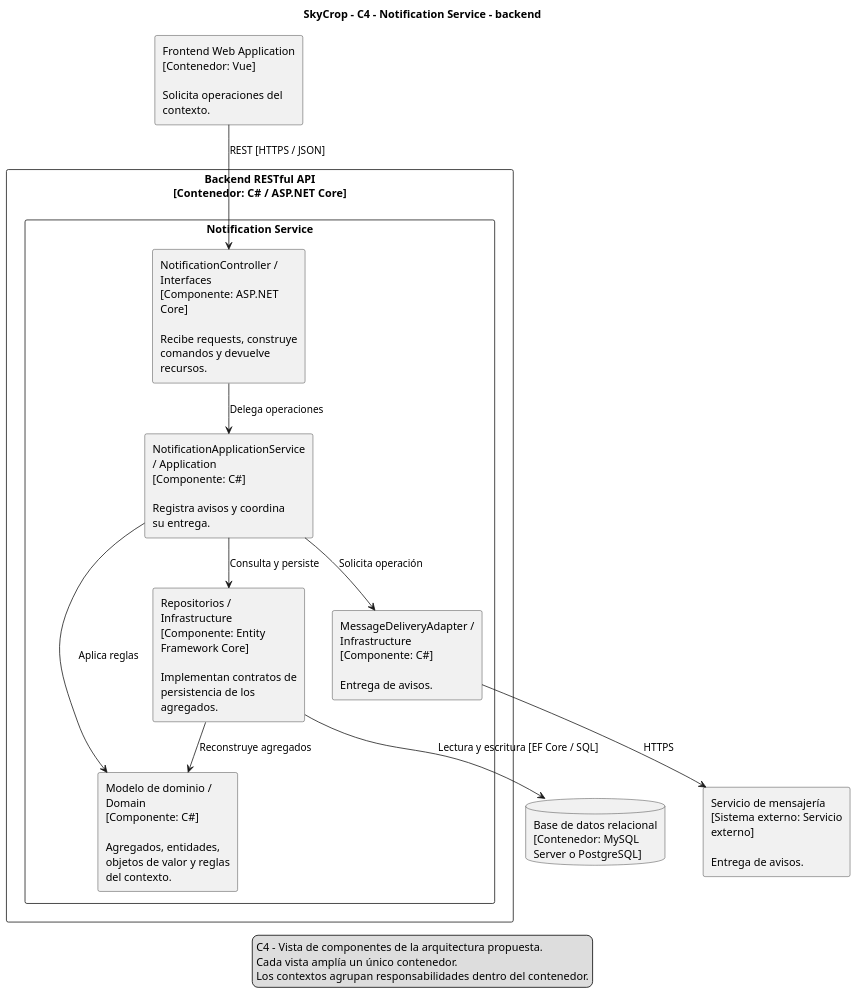
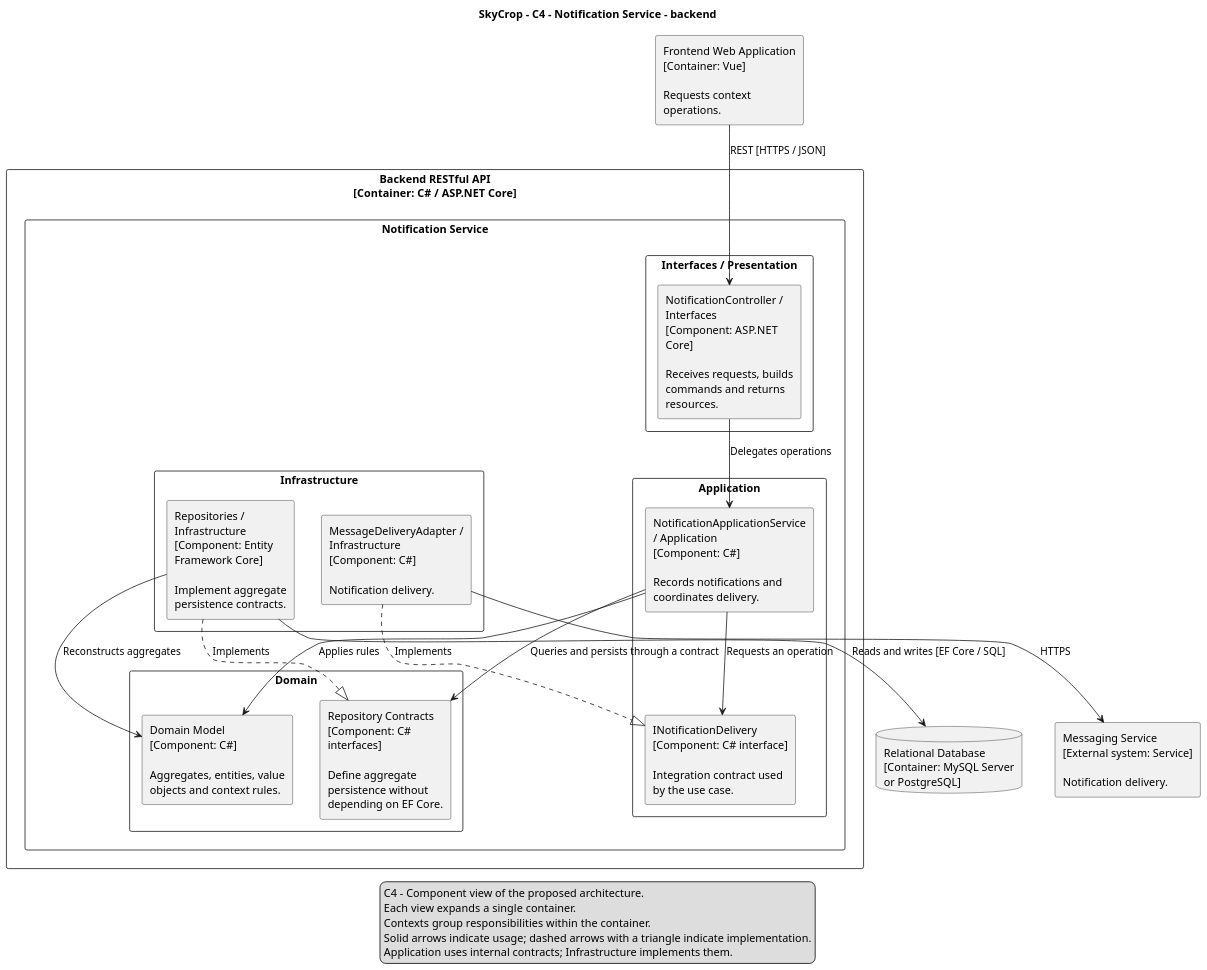
Before and after one commit to upc-GreenTech/skycrop-report: the diagram in resources/imgs/Software Architecture Diagram/contexts/notifications-backend-components.puml, drawn with PlantUML. The commit also changed 36 other files, not shown here.

Commit message:
feature: organize component diagrams by layer and translate all labels into english.

```diff
--- a/resources/imgs/Software Architecture Diagram/contexts/notifications-backend-components.puml
+++ b/resources/imgs/Software Architecture Diagram/contexts/notifications-backend-components.puml
@@ -1,37 +1,51 @@
 @startuml
 skinparam monochrome true
 skinparam shadowing false
 skinparam dpi 120
 skinparam defaultFontName SansSerif
 skinparam componentStyle rectangle
 skinparam wrapWidth 180
 skinparam nodesep 35
 skinparam ranksep 45
 top to bottom direction
 title SkyCrop - C4 - Notification Service - backend
-component "Frontend Web Application\n[Contenedor: Vue]\n\nSolicita operaciones del contexto." as web
-rectangle "Backend RESTful API\n[Contenedor: C# / ASP.NET Core]" {
+component "Frontend Web Application\n[Container: Vue]\n\nRequests context operations." as web
+rectangle "Backend RESTful API\n[Container: C# / ASP.NET Core]" {
 rectangle "Notification Service" {
-component "NotificationController / Interfaces\n[Componente: ASP.NET Core]\n\nRecibe requests, construye comandos y devuelve recursos." as controller
-component "NotificationApplicationService / Application\n[Componente: C#]\n\nRegistra avisos y coordina su entrega." as service
-component "Modelo de dominio / Domain\n[Componente: C#]\n\nAgregados, entidades, objetos de valor y reglas del contexto." as domain
-component "Repositorios / Infrastructure\n[Componente: Entity Framework Core]\n\nImplementan contratos de persistencia de los agregados." as repository
-component "MessageDeliveryAdapter / Infrastructure\n[Componente: C#]\n\nEntrega de avisos." as adapter
+rectangle "Interfaces / Presentation" {
+component "NotificationController / Interfaces\n[Component: ASP.NET Core]\n\nReceives requests, builds commands and returns resources." as controller
+}
+rectangle "Application" {
+component "NotificationApplicationService / Application\n[Component: C#]\n\nRecords notifications and coordinates delivery." as service
+component "INotificationDelivery\n[Component: C# interface]\n\nIntegration contract used by the use case." as integrationContract
+}
+rectangle "Domain" {
+component "Domain Model\n[Component: C#]\n\nAggregates, entities, value objects and context rules." as domain
+component "Repository Contracts\n[Component: C# interfaces]\n\nDefine aggregate persistence without depending on EF Core." as repositoryContract
+}
+rectangle "Infrastructure" {
+component "Repositories / Infrastructure\n[Component: Entity Framework Core]\n\nImplement aggregate persistence contracts." as repository
+component "MessageDeliveryAdapter / Infrastructure\n[Component: C#]\n\nNotification delivery." as adapter
 }
 }
-database "Base de datos relacional\n[Contenedor: MySQL Server o PostgreSQL]" as db
+}
+database "Relational Database\n[Container: MySQL Server or PostgreSQL]" as db
 web --> controller : REST [HTTPS / JSON]
-controller --> service : Delega operaciones
-service --> domain : Aplica reglas
-service --> repository : Consulta y persiste
-repository --> domain : Reconstruye agregados
-repository --> db : Lectura y escritura [EF Core / SQL]
-service --> adapter : Solicita operación
-component "Servicio de mensajería\n[Sistema externo: Servicio externo]\n\nEntrega de avisos." as provider
+controller --> service : Delegates operations
+service --> domain : Applies rules
+service --> repositoryContract : Queries and persists through a contract
+repository ..|> repositoryContract : Implements
+repository --> domain : Reconstructs aggregates
+repository --> db : Reads and writes [EF Core / SQL]
+service --> integrationContract : Requests an operation
+adapter ..|> integrationContract : Implements
+component "Messaging Service\n[External system: Service]\n\nNotification delivery." as provider
 adapter --> provider : HTTPS
 legend bottom
-C4 - Vista de componentes de la arquitectura propuesta.
-Cada vista amplía un único contenedor.
-Los contextos agrupan responsabilidades dentro del contenedor.
+C4 - Component view of the proposed architecture.
+Each view expands a single container.
+Contexts group responsibilities within the container.
+Solid arrows indicate usage; dashed arrows with a triangle indicate implementation.
+Application uses internal contracts; Infrastructure implements them.
 endlegend
 @enduml
```
